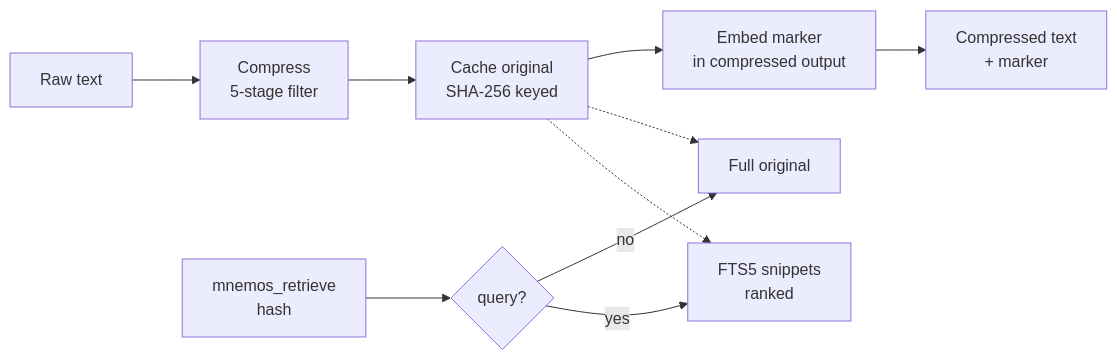
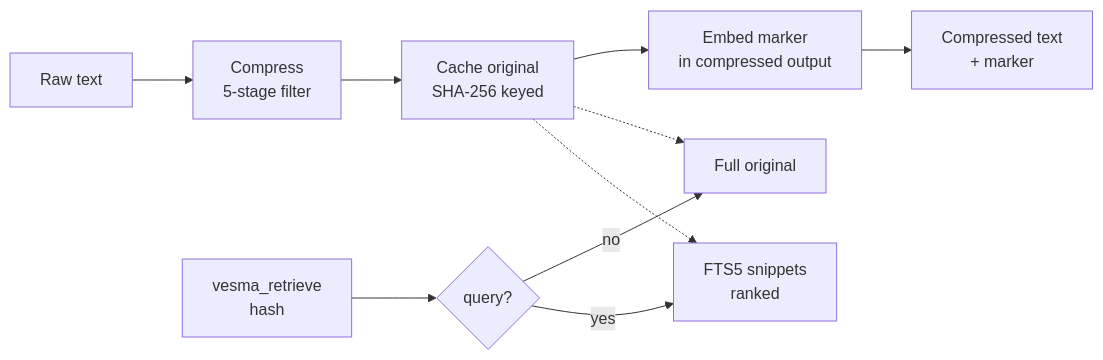
Before and after one commit to vesmaro/vesma: the first of 3 diagrams in docs/en/architecture/overview.md, drawn with Mermaid. The commit also changed other lines of this file and 1 other file, not shown here.

Commit message:
docs(architecture): service layer + 5.6.x actualization (overview RU+EN, partial — lane D)

````diff
--- a/docs/en/architecture/overview.md
+++ b/docs/en/architecture/overview.md
@@ -109,12 +125,12 @@
 ```mermaid
 flowchart LR
     A[Raw text] --> B[Compress\n5-stage filter]
     B --> C[Cache original\nSHA-256 keyed]
     C --> D[Embed marker\nin compressed output]
     D --> E[Compressed text\n+ marker]
-    F[mnemos_retrieve\nhash] --> G{query?}
+    F[vesma_retrieve\nhash] --> G{query?}
     G -->|no| H[Full original]
     G -->|yes| I[FTS5 snippets\nranked]
     C -.-> H
     C -.-> I
 ```
````
